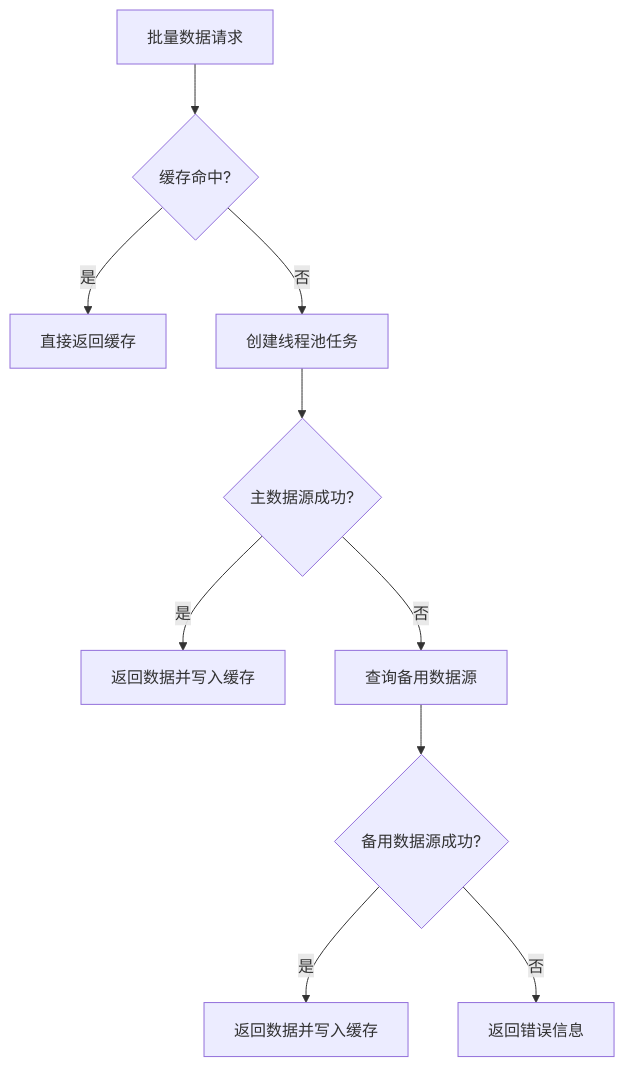
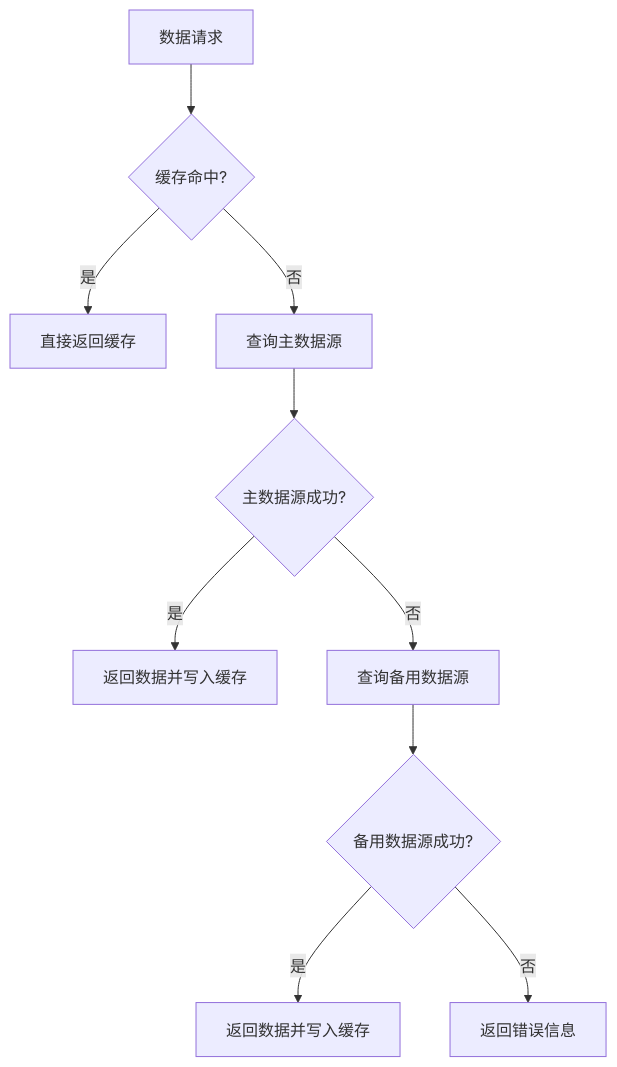
Before and after one commit to gree-coder/fund-butler: diagram 11 of 11 in .qoder/repowiki/zh/content/核心功能开发/实时市场数据可视化.md, drawn with Mermaid. The commit also changed other lines of this file and 21 other files, not shown here.

````diff
--- a/.qoder/repowiki/zh/content/核心功能开发/实时市场数据可视化.md
+++ b/.qoder/repowiki/zh/content/核心功能开发/实时市场数据可视化.md
@@ -513,12 +499,12 @@
 ```mermaid
 flowchart TD
-A[批量数据请求] --> B{缓存命中?}
+A[数据请求] --> B{缓存命中?}
 B --> |是| C[直接返回缓存]
-B --> |否| D[创建线程池任务]
+B --> |否| D[查询主数据源]
 D --> E{主数据源成功?}
 E --> |是| F[返回数据并写入缓存]
 E --> |否| G[查询备用数据源]
 G --> H{备用数据源成功?}
 H --> |是| I[返回数据并写入缓存]
 H --> |否| J[返回错误信息]
 ```
````
